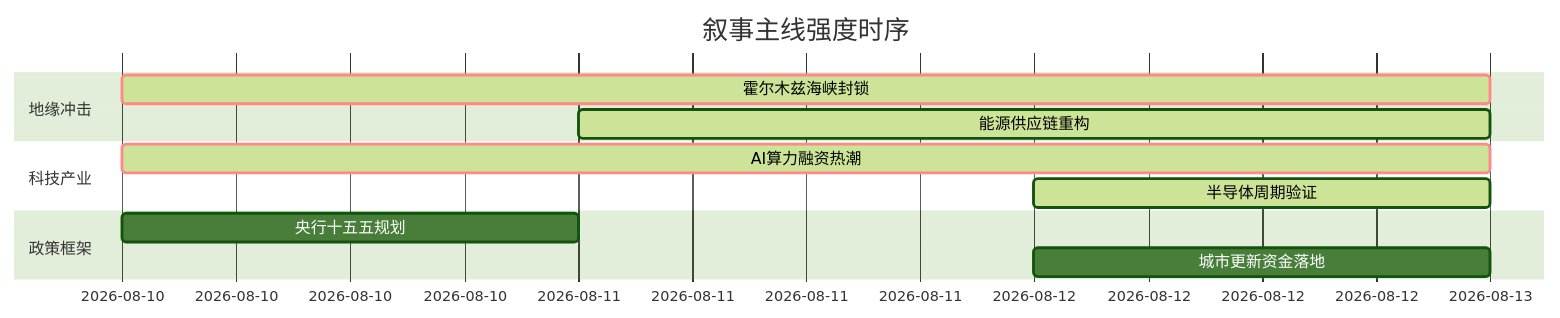
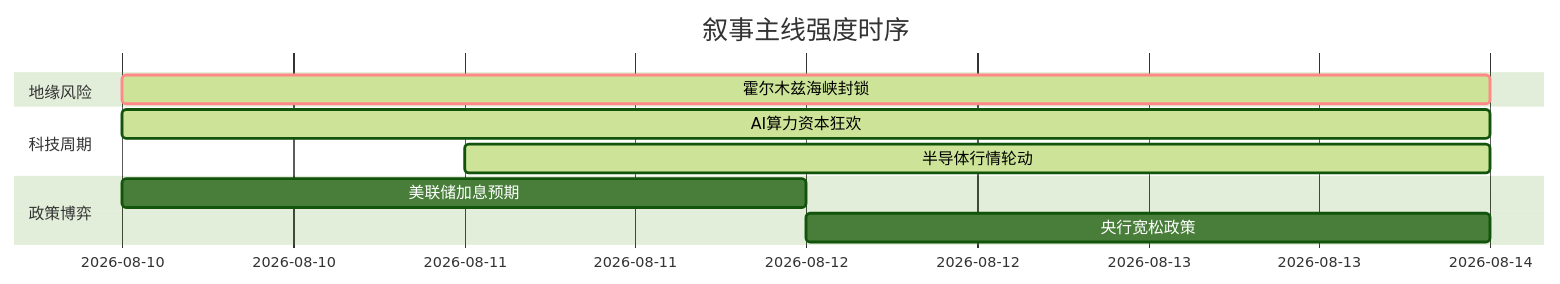
Before and after one commit to uu5zn/uu5zn.github.io: the diagram in 5day_report.md, drawn with Mermaid (forest theme). The commit also changed other lines of this file and 25 other files, not shown here.

````diff
--- a/5day_report.md
+++ b/5day_report.md
@@ -58,16 +58,15 @@
 ```mermaid
 gantt
     title 叙事主线强度时序
     dateFormat YYYY-MM-DD
-    section 地缘冲击
-    霍尔木兹海峡封锁   :crit, active, 2026-08-10, 3d
-    能源供应链重构     :active, 2026-08-11, 2d
+    section 地缘风险
+    霍尔木兹海峡封锁   :crit, active, 2026-08-10, 4d
     
-    section 科技产业
-    AI算力融资热潮     :crit, active, 2026-08-10, 3d
-    半导体周期验证     :active, 2026-08-12, 1d
+    section 科技周期
+    AI算力资本狂欢    :active, 2026-08-10, 4d
+    半导体行情轮动    :active, 2026-08-11, 3d
     
-    section 政策框架
-    央行十五五规划     :2026-08-10, 1d
-    城市更新资金落地   :2026-08-12, 1d
+    section 政策博弈
+    美联储加息预期    :2026-08-10, 2d
+    央行宽松政策      :2026-08-12, 2d
 ```
````
